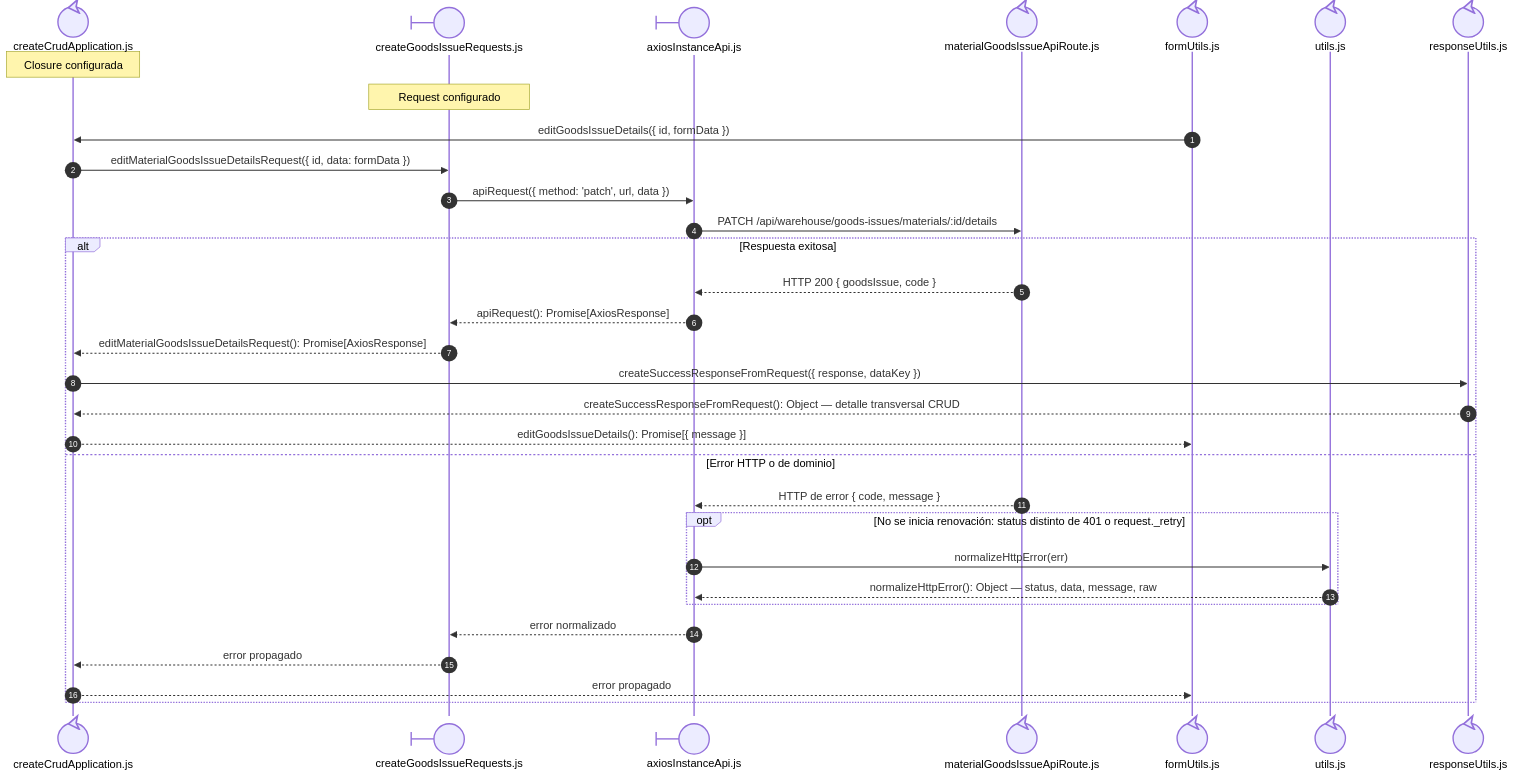
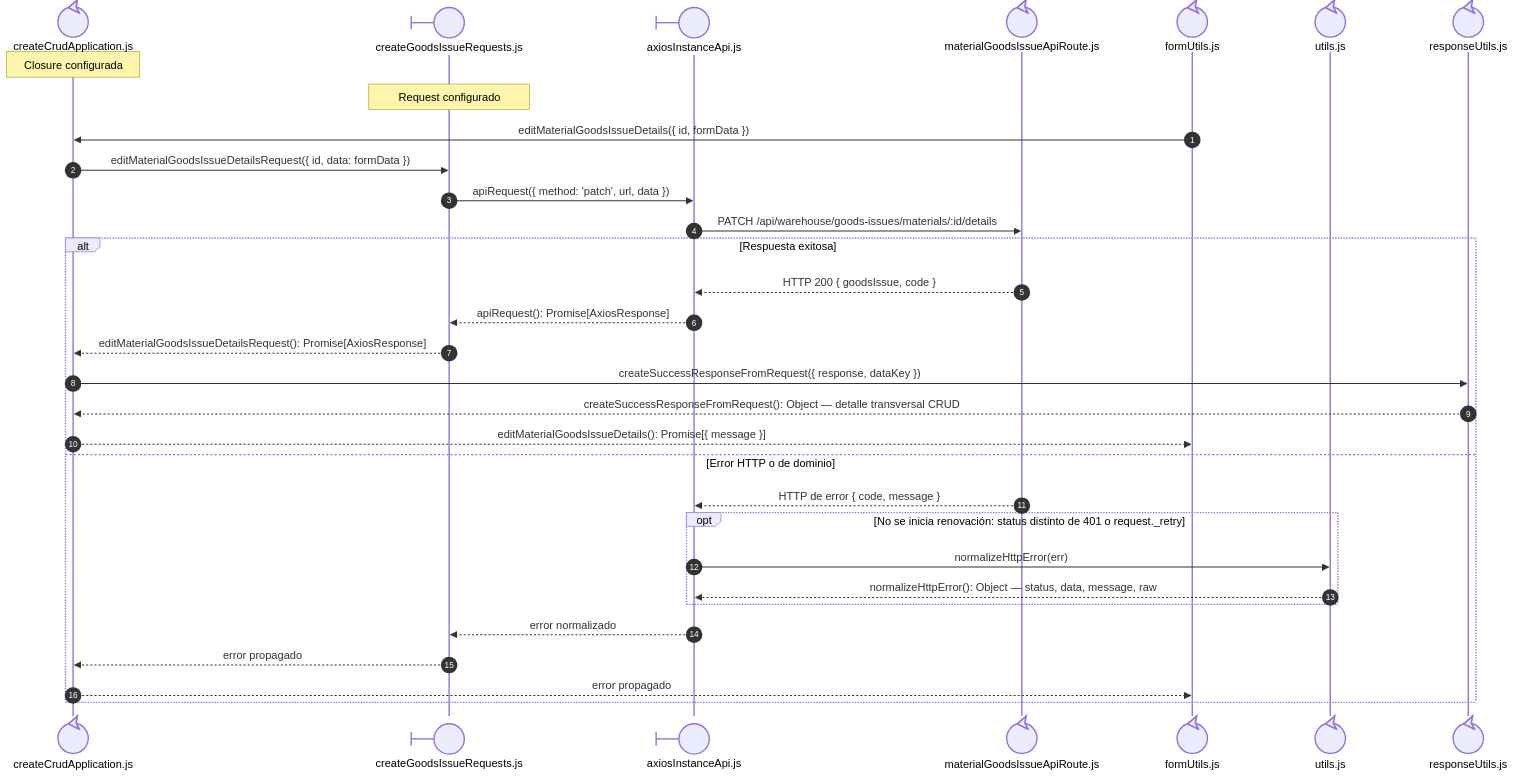
One commit to gpgsistemas01/nexus changed the third of 3 diagrams in docs/architecture/views/processes/frontend-code-sequences/issues/cu-sal-05.md. Above: the diagram before and after it, drawn with Mermaid. The commit also changed other lines of this file and 142 other files, not shown here.

````diff
--- a/docs/architecture/views/processes/frontend-code-sequences/issues/cu-sal-05.md
+++ b/docs/architecture/views/processes/frontend-code-sequences/issues/cu-sal-05.md
@@ -191,37 +192,37 @@
 ```mermaid
 sequenceDiagram
     autonumber
     participant Application@{ "type": "control" } as createCrudApplication.js
     participant Request@{ "type": "boundary" } as createGoodsIssueRequests.js
     participant HTTP@{ "type": "boundary" } as axiosInstanceApi.js
     participant Transport@{ "type": "control" } as materialGoodsIssueApiRoute.js
     participant FormUtils@{ "type": "control" } as formUtils.js
 
     participant FileUtils@{ "type": "control" } as utils.js
 
     participant FileResponseUtils@{ "type": "control" } as responseUtils.js
 
     Note over Application: Closure configurada
     Note over Request: Request configurado
-        FormUtils->>Application: editGoodsIssueDetails({ id, formData })
+        FormUtils->>Application: editMaterialGoodsIssueDetails({ id, formData })
         Application->>Request: editMaterialGoodsIssueDetailsRequest({ id, data: formData })
         Request->>HTTP: apiRequest({ method: 'patch', url, data })
         HTTP->>Transport: PATCH /api/warehouse/goods-issues/materials/:id/details
         alt Respuesta exitosa
             Transport-->>HTTP: HTTP 200 { goodsIssue, code }
             HTTP-->>Request: apiRequest(): Promise[AxiosResponse]
             Request-->>Application: editMaterialGoodsIssueDetailsRequest(): Promise[AxiosResponse]
             Application->>FileResponseUtils: createSuccessResponseFromRequest({ response, dataKey })
             FileResponseUtils-->>Application: createSuccessResponseFromRequest(): Object — detalle transversal CRUD
-            Application-->>FormUtils: editGoodsIssueDetails(): Promise[{ message }]
+            Application-->>FormUtils: editMaterialGoodsIssueDetails(): Promise[{ message }]
         else Error HTTP o de dominio
             Transport-->>HTTP: HTTP de error { code, message }
             opt No se inicia renovación: status distinto de 401 o request._retry
                 HTTP->>FileUtils: normalizeHttpError(err)
                 FileUtils-->>HTTP: normalizeHttpError(): Object — status, data, message, raw
             end
             HTTP-->>Request: error normalizado
             Request-->>Application: error propagado
             Application-->>FormUtils: error propagado
     end
 ```
````
